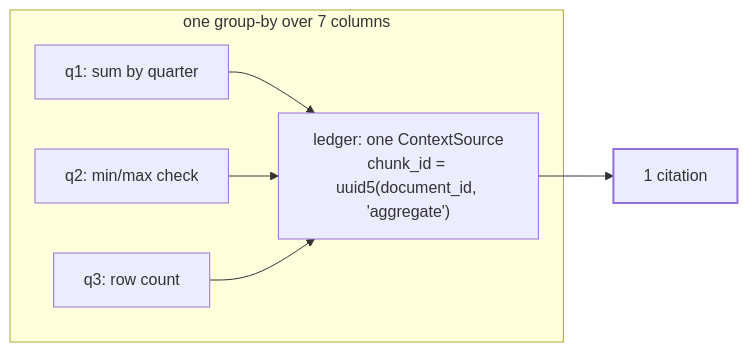
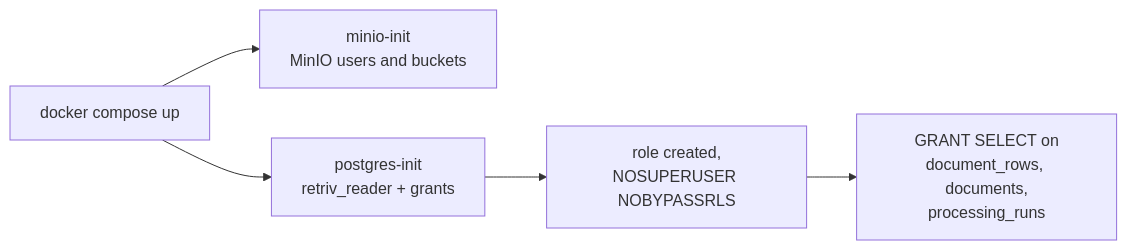
The fourth of 10 diagrams in README.md (unedtamps/retriv), drawn with Mermaid before and after one commit. The commit also changed other lines of this file and 55 other files, not shown here.

````diff
--- a/README.md
+++ b/README.md
@@ -250,10 +295,7 @@
 ```mermaid
 flowchart LR
-    subgraph "one group-by over 7 columns"
-        Q1["q1: sum by quarter"] --> S
-        Q2["q2: min/max check"] --> S
-        Q3["q3: row count"] --> S
-    end
-    S["ledger: one ContextSource<br/>chunk_id = uuid5(document_id, 'aggregate')"] --> U["1 citation"]
-    style U stroke-width:2px
+    U["docker compose up"] --> MI["minio-init<br/>MinIO users and buckets"]
+    U --> PI["postgres-init<br/>retriv_reader + grants"]
+    PI --> R["role created,<br/>NOSUPERUSER NOBYPASSRLS"]
+    R --> G["GRANT SELECT on<br/>document_rows, documents,<br/>processing_runs"]
 ```
````
